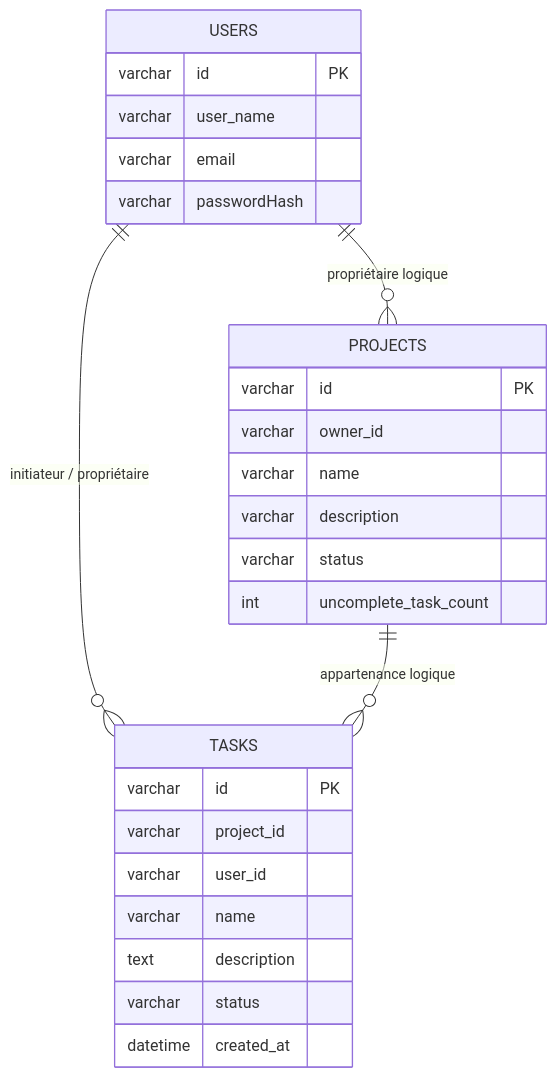
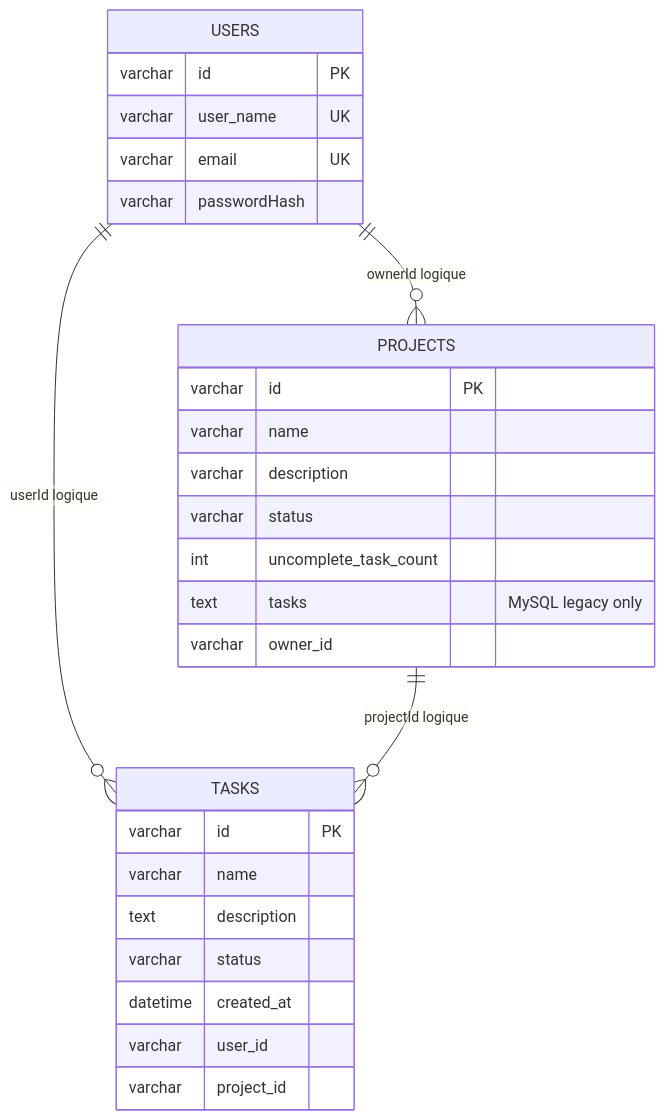
The diagram in docs/technical/database.md (Tres7/projet-archi-to-do-list), drawn with Mermaid before and after one commit. The commit also changed other lines of this file and 9 other files, not shown here.

````diff
--- a/docs/technical/database.md
+++ b/docs/technical/database.md
@@ -31,32 +36,33 @@
 ```mermaid
 erDiagram
-    USERS ||--o{ PROJECTS : "propriétaire logique"
-    USERS ||--o{ TASKS : "initiateur / propriétaire"
-    PROJECTS ||--o{ TASKS : "appartenance logique"
+    USERS ||--o{ PROJECTS : "ownerId logique"
+    USERS ||--o{ TASKS : "userId logique"
+    PROJECTS ||--o{ TASKS : "projectId logique"
 
     USERS {
         varchar id PK
-        varchar user_name
-        varchar email
+        varchar user_name UK
+        varchar email UK
         varchar passwordHash
     }
 
     PROJECTS {
         varchar id PK
-        varchar owner_id
         varchar name
         varchar description
         varchar status
         int uncomplete_task_count
+        text tasks "MySQL legacy only"
+        varchar owner_id
     }
 
     TASKS {
         varchar id PK
-        varchar project_id
-        varchar user_id
         varchar name
         text description
         varchar status
         datetime created_at
+        varchar user_id
+        varchar project_id
     }
 ```
````
